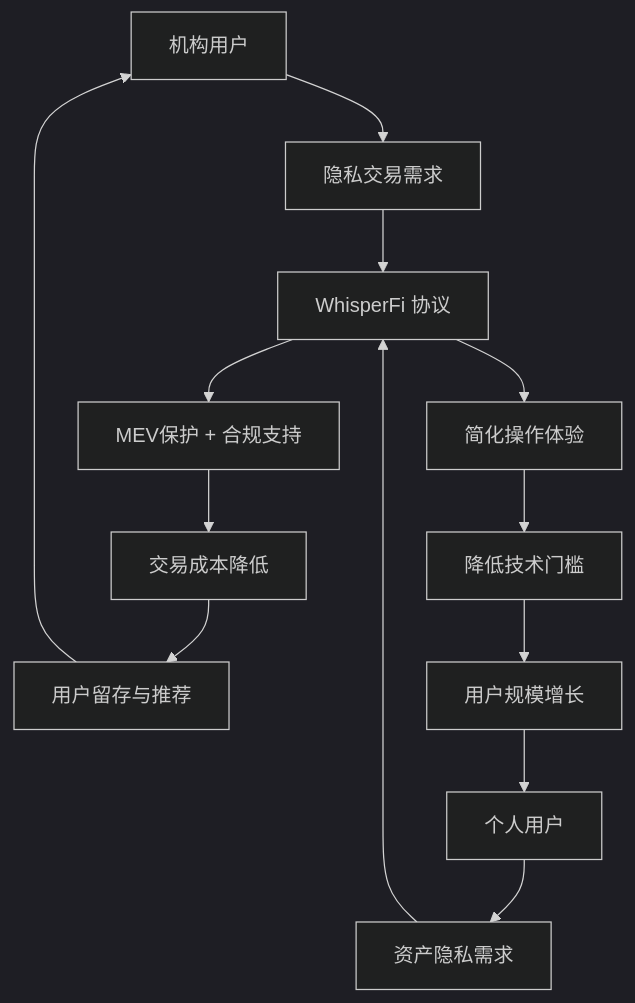
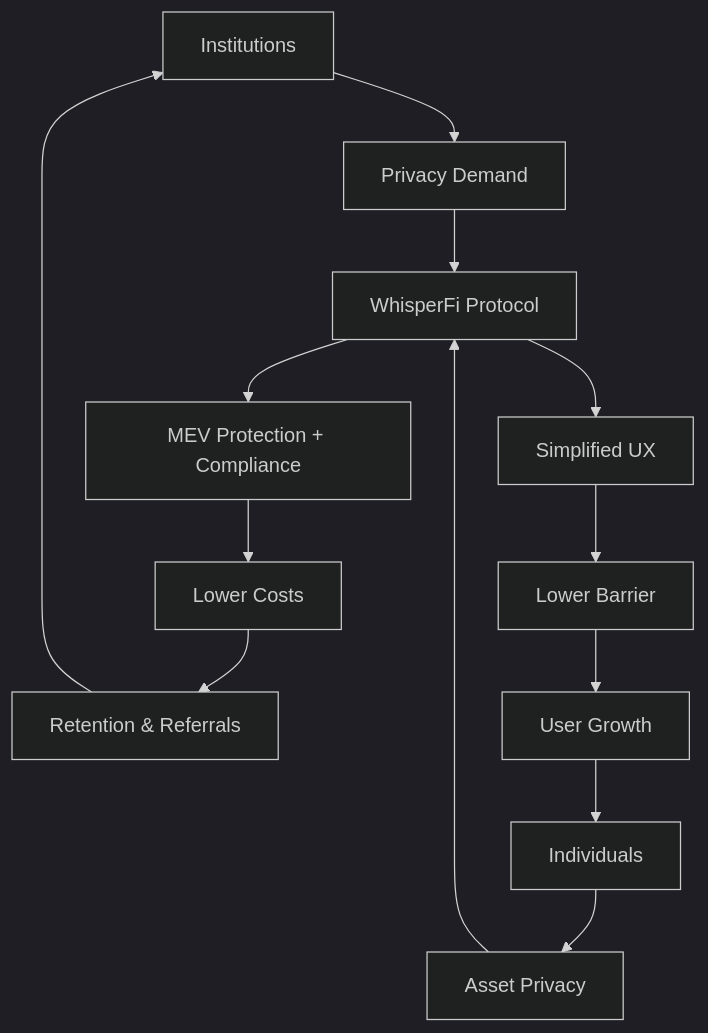
The fourth of 4 diagrams in README.md (Wenbobobo/WhisperFi), drawn with Mermaid (dark theme) before and after one commit. The commit also changed other lines of this file and 1 other file, not shown here.

Commit message:
feat: Add Chinese documentation, including system architecture, core functionalities, and economic structure design.

````diff
--- a/README.md
+++ b/README.md
@@ -179,16 +195,16 @@
 ```mermaid
 graph TD
-    A[机构用户] --> B[隐私交易需求]
-    B --> C[WhisperFi 协议]
-    C --> D[MEV保护 + 合规支持]
-    D --> E[交易成本降低]
-    E --> F[用户留存与推荐]
+    A[Institutions] --> B[Privacy Demand]
+    B --> C[WhisperFi Protocol]
+    C --> D[MEV Protection + Compliance]
+    D --> E[Lower Costs]
+    E --> F[Retention & Referrals]
     F --> A
-  
-    G[个人用户] --> H[资产隐私需求]
+
+    G[Individuals] --> H[Asset Privacy]
     H --> C
-    C --> I[简化操作体验]
-    I --> J[降低技术门槛]
-    J --> K[用户规模增长]
+    C --> I[Simplified UX]
+    I --> J[Lower Barrier]
+    J --> K[User Growth]
     K --> G
 ```
````
